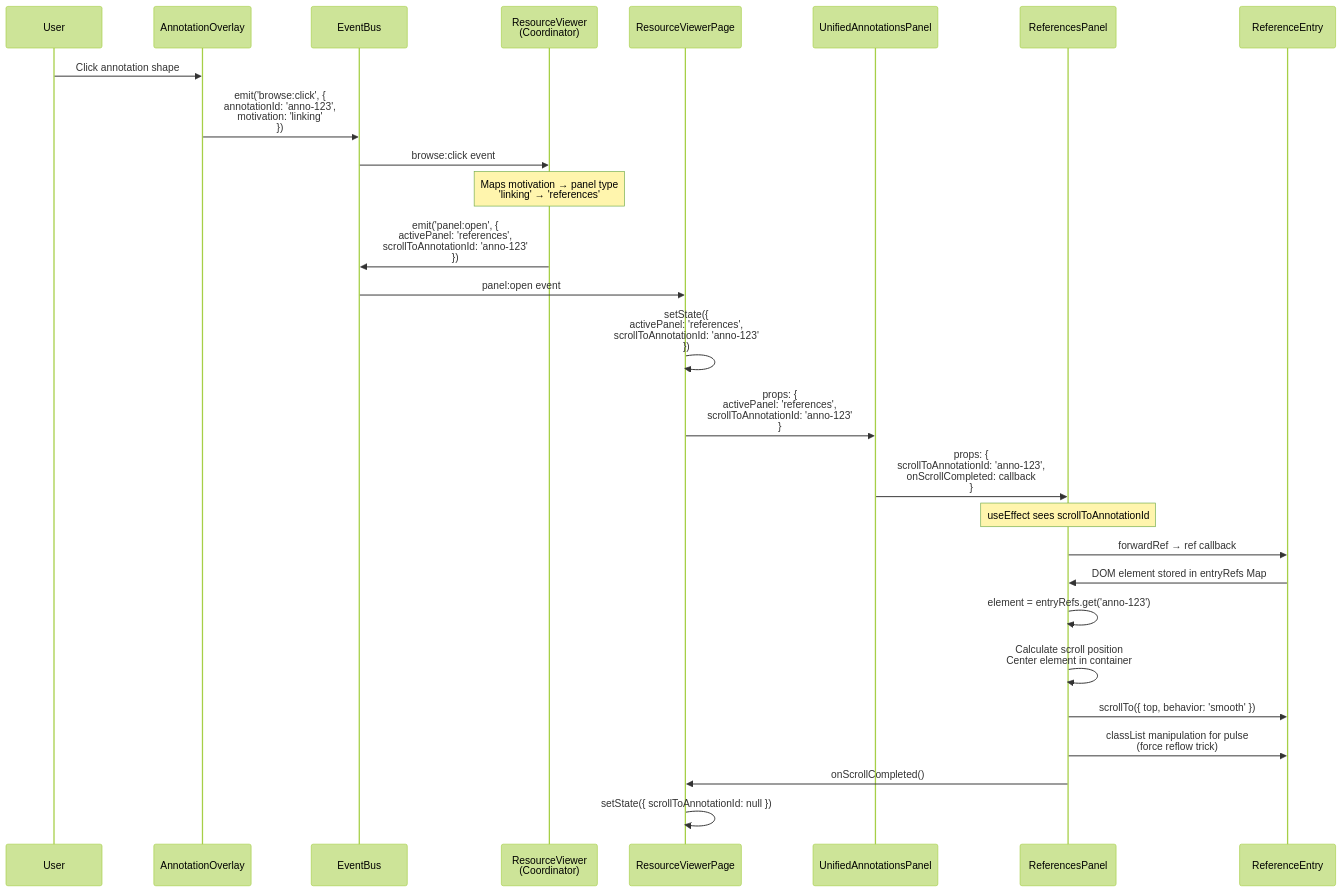
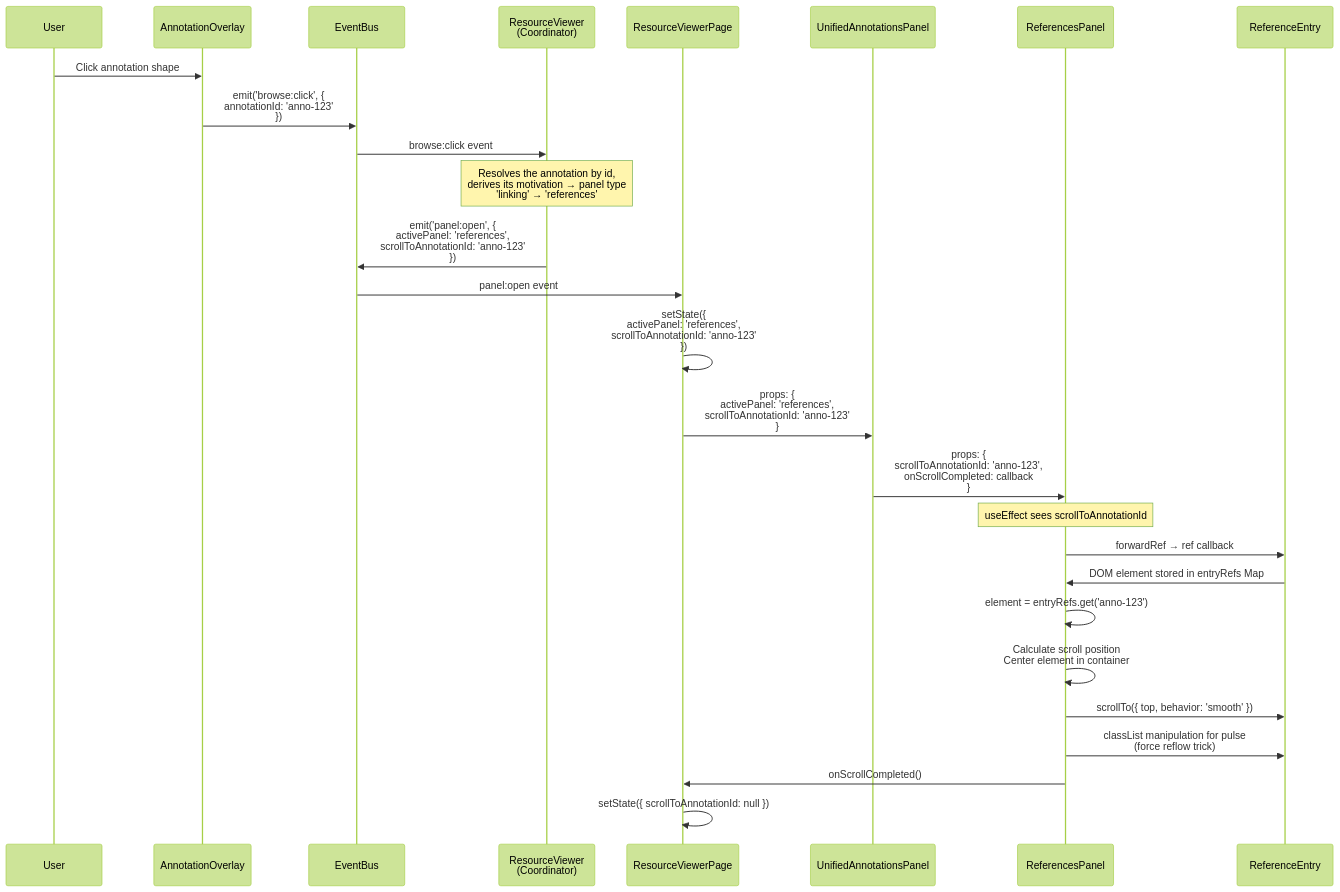
Before and after one commit to The-AI-Alliance/semiont: the first of 3 diagrams in packages/react-ui/docs/ANNOTATION-CLICK.md, drawn with Mermaid (forest theme). The commit also changed other lines of this file and 75 other files, not shown here.

````diff
--- a/packages/react-ui/docs/ANNOTATION-CLICK.md
+++ b/packages/react-ui/docs/ANNOTATION-CLICK.md
@@ -134,38 +136,38 @@
 ```mermaid
 sequenceDiagram
     participant User
     participant Overlay as AnnotationOverlay
     participant Bus as EventBus
     participant Coord as ResourceViewer<br/>(Coordinator)
     participant Page as ResourceViewerPage
     participant Panel as UnifiedAnnotationsPanel
     participant Specific as ReferencesPanel
     participant Entry as ReferenceEntry
 
     User->>Overlay: Click annotation shape
-    Overlay->>Bus: emit('browse:click', {<br/>  annotationId: 'anno-123',<br/>  motivation: 'linking'<br/>})
+    Overlay->>Bus: emit('browse:click', {<br/>  annotationId: 'anno-123'<br/>})
     Bus->>Coord: browse:click event
 
-    Note over Coord: Maps motivation → panel type<br/>'linking' → 'references'
+    Note over Coord: Resolves the annotation by id,<br/>derives its motivation → panel type<br/>'linking' → 'references'
 
     Coord->>Bus: emit('panel:open', {<br/>  activePanel: 'references',<br/>  scrollToAnnotationId: 'anno-123'<br/>})
     Bus->>Page: panel:open event
 
     Page->>Page: setState({<br/>  activePanel: 'references',<br/>  scrollToAnnotationId: 'anno-123'<br/>})
 
     Page->>Panel: props: {<br/>  activePanel: 'references',<br/>  scrollToAnnotationId: 'anno-123'<br/>}
     Panel->>Specific: props: {<br/>  scrollToAnnotationId: 'anno-123',<br/>  onScrollCompleted: callback<br/>}
 
     Note over Specific: useEffect sees scrollToAnnotationId
 
     Specific->>Entry: forwardRef → ref callback
     Entry->>Specific: DOM element stored in entryRefs Map
 
     Specific->>Specific: element = entryRefs.get('anno-123')
     Specific->>Specific: Calculate scroll position<br/>Center element in container
     Specific->>Entry: scrollTo({ top, behavior: 'smooth' })
     Specific->>Entry: classList manipulation for pulse<br/>(force reflow trick)
     Specific->>Page: onScrollCompleted()
 
     Page->>Page: setState({ scrollToAnnotationId: null })
 ```
````
